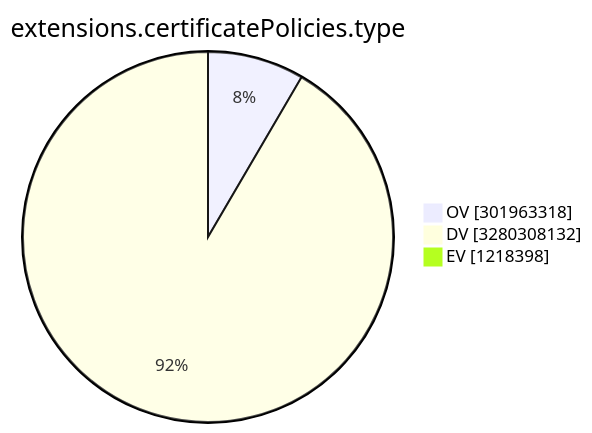
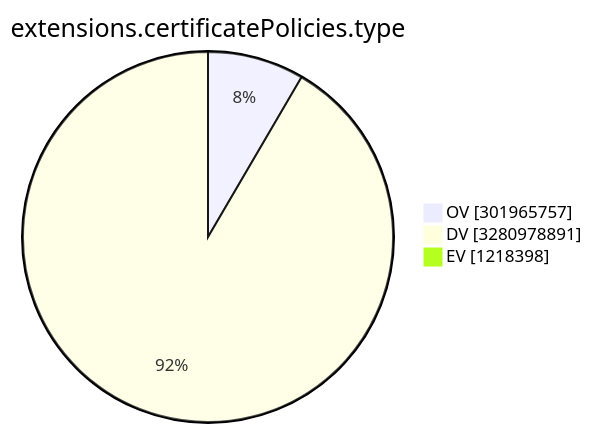
The ninth of 15 diagrams in TOTAL/README.md (christiankrug/ctmonitor_visualization), drawn with Mermaid before and after one commit. The commit also changed other lines of this file, not shown here.

````diff
--- a/TOTAL/README.md
+++ b/TOTAL/README.md
@@ -3107,7 +3107,7 @@
 ```mermaid
 pie showData
 title extensions.certificatePolicies.type
-"OV" :301963318
-"DV" :3280308132
+"OV" :301965757
+"DV" :3280978891
 "EV" :1218398
 ```
````
